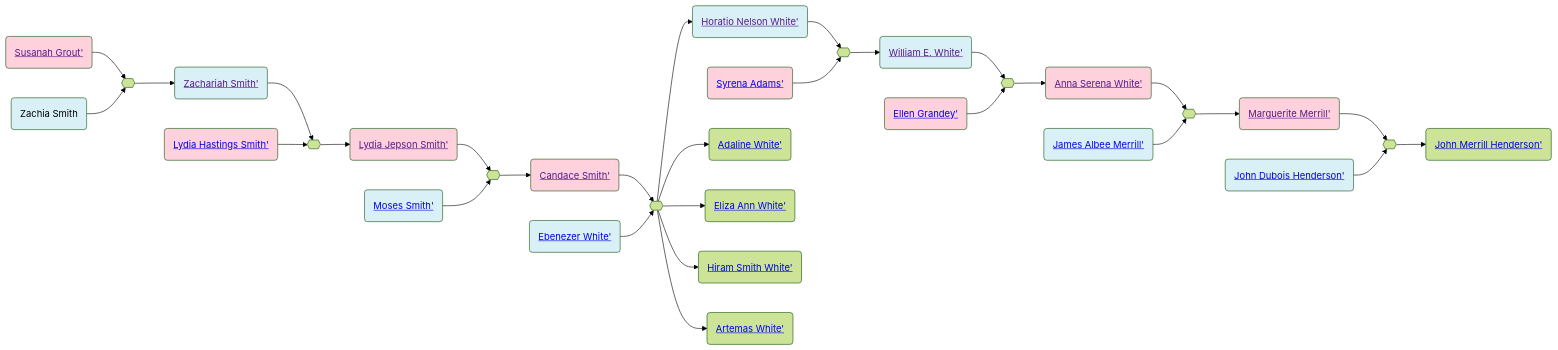
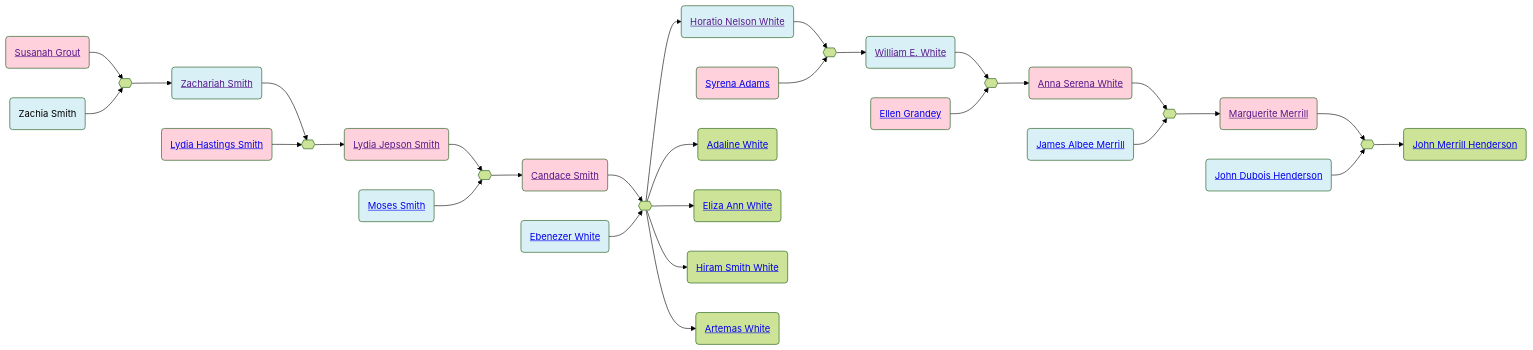
Before and after one commit to neelsmith/avocational: the diagram in familyhistory/sources/people/Merrill-line/Susanah_Grout.qmd, drawn with Mermaid (forest theme). The commit also changed 96 other files, not shown here.

````diff
--- a/familyhistory/sources/people/Merrill-line/Susanah_Grout.qmd
+++ b/familyhistory/sources/people/Merrill-line/Susanah_Grout.qmd
@@ -26,68 +26,68 @@
 ```{mermaid}
 graph LR
 %% LR descendant diagram
 class Susanah_Grout_and_Zachia_Smith marriage
-Susanah_Grout(<a href=''>Susanah Grout'</>) --> Susanah_Grout_and_Zachia_Smith{{ }}
+Susanah_Grout(<a href=''>Susanah Grout</a>) --> Susanah_Grout_and_Zachia_Smith{{ }}
 Zachia_Smith(Zachia Smith) --> Susanah_Grout_and_Zachia_Smith{{ }}
 class Zachia_Smith father
 class Susanah_Grout mother
-Susanah_Grout_and_Zachia_Smith{{ }} --> Zachariah_Smith(<a href='./White-line/Candace-Smith-line/Zachariah_Smith.html'>Zachariah Smith'</>)
+Susanah_Grout_and_Zachia_Smith{{ }} --> Zachariah_Smith(<a href='./White-line/Candace-Smith-line/Zachariah_Smith.html'>Zachariah Smith</a>)
 class Zachariah_Smith_and_Lydia_Hastings_Smith marriage
-Zachariah_Smith(<a href=''>Zachariah Smith'</>) --> Zachariah_Smith_and_Lydia_Hastings_Smith{{ }}
-Lydia_Hastings_Smith(<a href='./Lydia_Hastings_Smith.html'>Lydia Hastings Smith'</>) --> Zachariah_Smith_and_Lydia_Hastings_Smith{{ }}
+Zachariah_Smith(<a href=''>Zachariah Smith</a>) --> Zachariah_Smith_and_Lydia_Hastings_Smith{{ }}
+Lydia_Hastings_Smith(<a href='./Lydia_Hastings_Smith.html'>Lydia Hastings Smith</a>) --> Zachariah_Smith_and_Lydia_Hastings_Smith{{ }}
 class Zachariah_Smith father
 class Lydia_Hastings_Smith mother
-Zachariah_Smith_and_Lydia_Hastings_Smith{{ }} --> Lydia_Jepson_Smith(<a href='./Lydia_Jepson_Smith.html'>Lydia Jepson Smith'</>)
+Zachariah_Smith_and_Lydia_Hastings_Smith{{ }} --> Lydia_Jepson_Smith(<a href='./Lydia_Jepson_Smith.html'>Lydia Jepson Smith</a>)
 class Lydia_Jepson_Smith_and_Moses_Smith marriage
-Lydia_Jepson_Smith(<a href=''>Lydia Jepson Smith'</>) --> Lydia_Jepson_Smith_and_Moses_Smith{{ }}
-Moses_Smith(<a href='./../../../Moses_Smith_connections/Moses_Smith.html'>Moses Smith'</>) --> Lydia_Jepson_Smith_and_Moses_Smith{{ }}
+Lydia_Jepson_Smith(<a href=''>Lydia Jepson Smith</a>) --> Lydia_Jepson_Smith_and_Moses_Smith{{ }}
+Moses_Smith(<a href='./../../../Moses_Smith_connections/Moses_Smith.html'>Moses Smith</a>) --> Lydia_Jepson_Smith_and_Moses_Smith{{ }}
 class Moses_Smith father
 class Lydia_Jepson_Smith mother
-Lydia_Jepson_Smith_and_Moses_Smith{{ }} --> Candace_Smith(<a href='./Candace_Smith.html'>Candace Smith'</>)
+Lydia_Jepson_Smith_and_Moses_Smith{{ }} --> Candace_Smith(<a href='./Candace_Smith.html'>Candace Smith</a>)
 class Candace_Smith_and_Ebenezer_White marriage
-Candace_Smith(<a href=''>Candace Smith'</>) --> Candace_Smith_and_Ebenezer_White{{ }}
-Ebenezer_White(<a href='./../Ebenezer_White.html'>Ebenezer White'</>) --> Candace_Smith_and_Ebenezer_White{{ }}
+Candace_Smith(<a href=''>Candace Smith</a>) --> Candace_Smith_and_Ebenezer_White{{ }}
+Ebenezer_White(<a href='./../Ebenezer_White.html'>Ebenezer White</a>) --> Candace_Smith_and_Ebenezer_White{{ }}
 class Ebenezer_White father
 class Candace_Smith mother
-Candace_Smith_and_Ebenezer_White{{ }} --> Horatio_Nelson_White(<a href='./../Horatio_Nelson_White.html'>Horatio Nelson White'</>)
+Candace_Smith_and_Ebenezer_White{{ }} --> Horatio_Nelson_White(<a href='./../Horatio_Nelson_White.html'>Horatio Nelson White</a>)
 class Horatio_Nelson_White_and_Syrena_Adams marriage
-Horatio_Nelson_White(<a href=''>Horatio Nelson White'</>) --> Horatio_Nelson_White_and_Syrena_Adams{{ }}
-Syrena_Adams(<a href='./Syrena_Adams.html'>Syrena Adams'</>) --> Horatio_Nelson_White_and_Syrena_Adams{{ }}
+Horatio_Nelson_White(<a href=''>Horatio Nelson White</a>) --> Horatio_Nelson_White_and_Syrena_Adams{{ }}
+Syrena_Adams(<a href='./Syrena_Adams.html'>Syrena Adams</a>) --> Horatio_Nelson_White_and_Syrena_Adams{{ }}
 class Horatio_Nelson_White father
 class Syrena_Adams mother
-Horatio_Nelson_White_and_Syrena_Adams{{ }} --> William_E._White(<a href='./William_E._White.html'>William E. White'</>)
+Horatio_Nelson_White_and_Syrena_Adams{{ }} --> William_E._White(<a href='./William_E._White.html'>William E. White</a>)
 class William_E._White_and_Ellen_Grandey marriage
-William_E._White(<a href=''>William E. White'</>) --> William_E._White_and_Ellen_Grandey{{ }}
-Ellen_Grandey(<a href='./../Grandey-line/Ellen_Grandey.html'>Ellen Grandey'</>) --> William_E._White_and_Ellen_Grandey{{ }}
+William_E._White(<a href=''>William E. White</a>) --> William_E._White_and_Ellen_Grandey{{ }}
+Ellen_Grandey(<a href='./../Grandey-line/Ellen_Grandey.html'>Ellen Grandey</a>) --> William_E._White_and_Ellen_Grandey{{ }}
 class William_E._White father
 class Ellen_Grandey mother
-William_E._White_and_Ellen_Grandey{{ }} --> Anna_Serena_White(<a href='./Anna_Serena_White.html'>Anna Serena White'</>)
+William_E._White_and_Ellen_Grandey{{ }} --> Anna_Serena_White(<a href='./Anna_Serena_White.html'>Anna Serena White</a>)
 class Anna_Serena_White_and_James_Albee_Merrill marriage
-Anna_Serena_White(<a href=''>Anna Serena White'</>) --> Anna_Serena_White_and_James_Albee_Merrill{{ }}
-James_Albee_Merrill(<a href='./../James_Albee_Merrill.html'>James Albee Merrill'</>) --> Anna_Serena_White_and_James_Albee_Merrill{{ }}
+Anna_Serena_White(<a href=''>Anna Serena White</a>) --> Anna_Serena_White_and_James_Albee_Merrill{{ }}
+James_Albee_Merrill(<a href='./../James_Albee_Merrill.html'>James Albee Merrill</a>) --> Anna_Serena_White_and_James_Albee_Merrill{{ }}
 class James_Albee_Merrill father
 class Anna_Serena_White mother
-Anna_Serena_White_and_James_Albee_Merrill{{ }} --> Marguerite_Merrill(<a href='./../Marguerite_Merrill.html'>Marguerite Merrill'</>)
+Anna_Serena_White_and_James_Albee_Merrill{{ }} --> Marguerite_Merrill(<a href='./../Marguerite_Merrill.html'>Marguerite Merrill</a>)
 class Marguerite_Merrill_and_John_Dubois_Henderson marriage
-Marguerite_Merrill(<a href=''>Marguerite Merrill'</>) --> Marguerite_Merrill_and_John_Dubois_Henderson{{ }}
-John_Dubois_Henderson(<a href='./../Henderson-line/John_Dubois_Henderson.html'>John Dubois Henderson'</>) --> Marguerite_Merrill_and_John_Dubois_Henderson{{ }}
+Marguerite_Merrill(<a href=''>Marguerite Merrill</a>) --> Marguerite_Merrill_and_John_Dubois_Henderson{{ }}
+John_Dubois_Henderson(<a href='./../Henderson-line/John_Dubois_Henderson.html'>John Dubois Henderson</a>) --> Marguerite_Merrill_and_John_Dubois_Henderson{{ }}
 class John_Dubois_Henderson father
 class Marguerite_Merrill mother
-Marguerite_Merrill_and_John_Dubois_Henderson{{ }} --> John_Merrill_Henderson(<a href='./../Henderson-line/John_Merrill_Henderson.html'>John Merrill Henderson'</>)
+Marguerite_Merrill_and_John_Dubois_Henderson{{ }} --> John_Merrill_Henderson(<a href='./../Henderson-line/John_Merrill_Henderson.html'>John Merrill Henderson</a>)
 class Ebenezer_White father
 class Candace_Smith mother
-Candace_Smith_and_Ebenezer_White{{ }} --> Adaline_White(<a href='./../Adaline_White.html'>Adaline White'</>)
+Candace_Smith_and_Ebenezer_White{{ }} --> Adaline_White(<a href='./../Adaline_White.html'>Adaline White</a>)
 class Ebenezer_White father
 class Candace_Smith mother
-Candace_Smith_and_Ebenezer_White{{ }} --> Eliza_Ann_White(<a href='./../Eliza_Ann_White.html'>Eliza Ann White'</>)
+Candace_Smith_and_Ebenezer_White{{ }} --> Eliza_Ann_White(<a href='./../Eliza_Ann_White.html'>Eliza Ann White</a>)
 class Ebenezer_White father
 class Candace_Smith mother
-Candace_Smith_and_Ebenezer_White{{ }} --> Hiram_Smith_White(<a href='./../Hiram_Smith_White.html'>Hiram Smith White'</>)
+Candace_Smith_and_Ebenezer_White{{ }} --> Hiram_Smith_White(<a href='./../Hiram_Smith_White.html'>Hiram Smith White</a>)
 class Ebenezer_White father
 class Candace_Smith mother
-Candace_Smith_and_Ebenezer_White{{ }} --> Artemas_White(<a href='./../Artemas_White.html'>Artemas White'</>)
+Candace_Smith_and_Ebenezer_White{{ }} --> Artemas_White(<a href='./../Artemas_White.html'>Artemas White</a>)
 classDef mother fill:#ffd1dc
 classDef father fill:#daf0f7  
 classDef marriage fill:#ffffff
 
 ```
````
